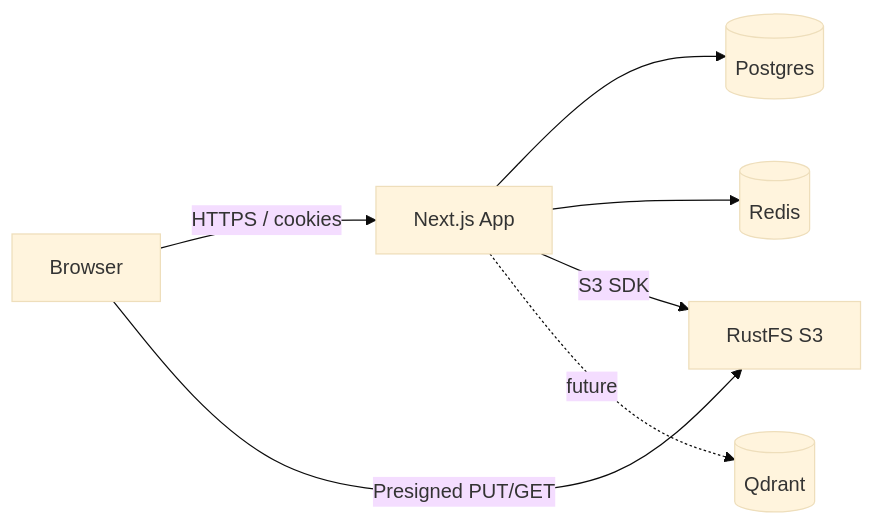
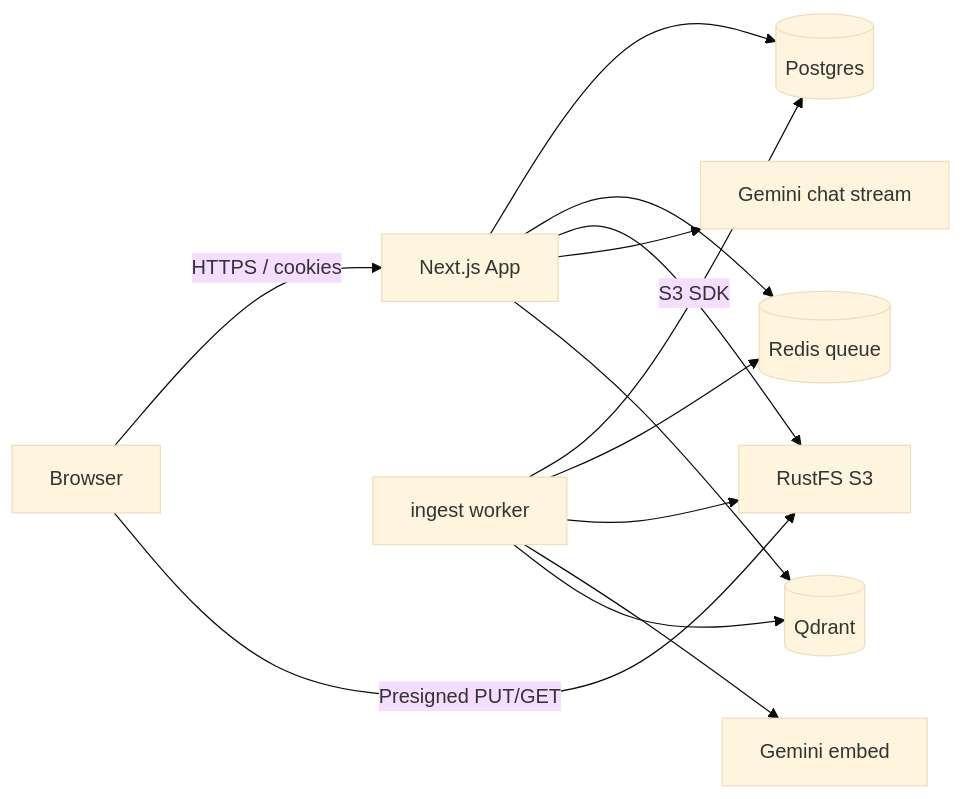
One commit to aniketicloud/documind-docs changed the diagram in content/docs/architecture/overview.mdx. Above: the diagram before and after it, drawn with Mermaid (base theme). The commit also changed other lines of this file and 25 other files, not shown here.

````diff
--- a/content/docs/architecture/overview.mdx
+++ b/content/docs/architecture/overview.mdx
@@ -12,9 +12,15 @@
 ```mermaid
 flowchart LR
   Browser -->|HTTPS / cookies| Next[Next.js App]
   Next --> PG[(Postgres)]
-  Next --> Redis[(Redis)]
+  Next --> Redis[(Redis queue)]
   Browser -->|Presigned PUT/GET| RustFS[RustFS S3]
   Next -->|S3 SDK| RustFS
-  Next -.->|future| Qdrant[(Qdrant)]
+  Worker[ingest worker] --> PG
+  Worker --> Redis
+  Worker --> RustFS
+  Worker --> Gemini[Gemini embed]
+  Worker --> Qdrant[(Qdrant)]
+  Next --> GeminiChat[Gemini chat stream]
+  Next --> Qdrant
 ```
````
